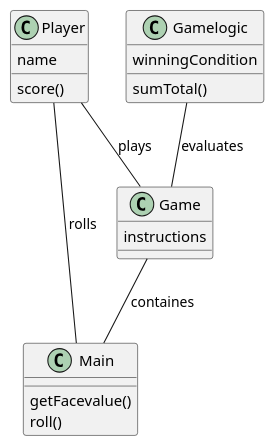
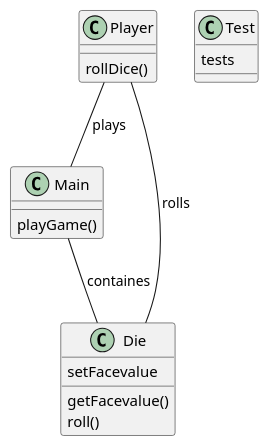
The diagram in src/ClassDiagram.puml (andelsbolig/o5_del1), drawn with PlantUML before and after one commit.

Commit message:
classDiagram updated

```diff
--- a/src/ClassDiagram.puml
+++ b/src/ClassDiagram.puml
@@ -1,16 +1,15 @@
 @startuml
-Player -- Game : plays
-Game -- Main  : containes
-Main -- Player : rolls
-Gamelogic -- Game : evaluates
+Player -- Main : plays
+Main -- Die  : containes
+Die -- Player : rolls
+Test : tests
 
 
-Player : name
-Player : score()
-Main : getFacevalue()
-Main : roll()
-Game : instructions
-Gamelogic : sumTotal()
-Gamelogic : winningCondition
+Player : rollDice()
+Die : getFacevalue()
+Die : roll()
+Die : setFacevalue
+Main : playGame()
+
 
 @enduml
```
